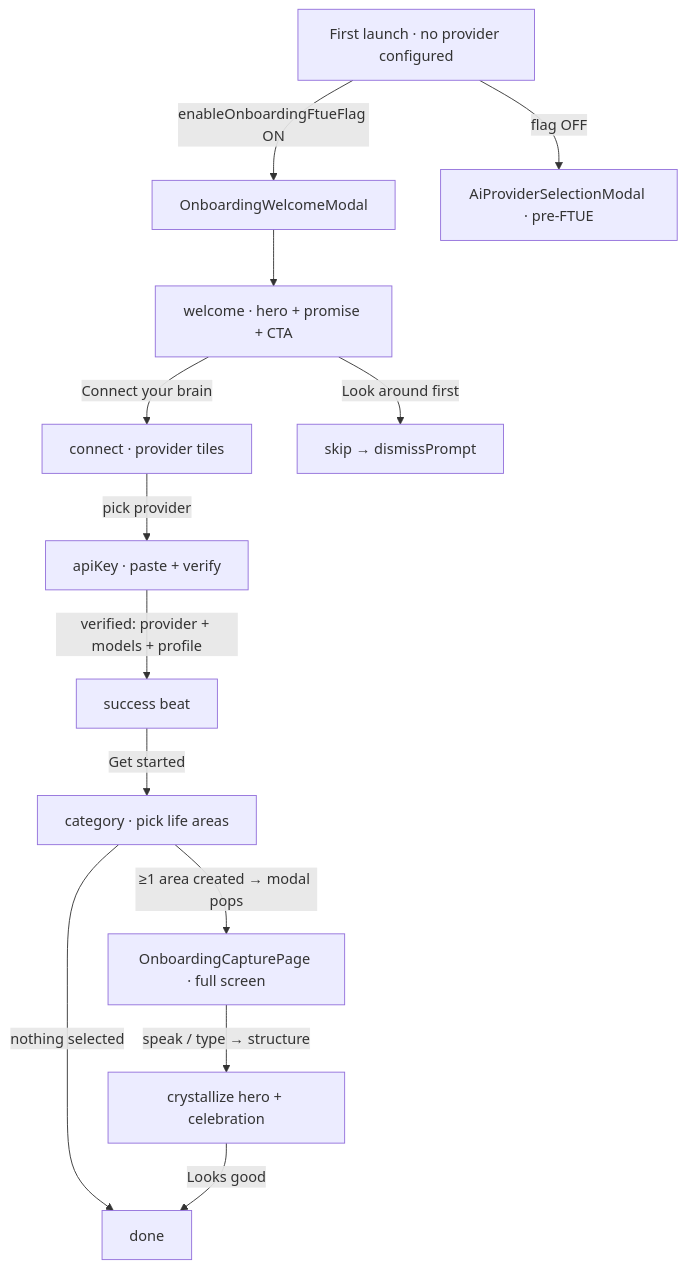
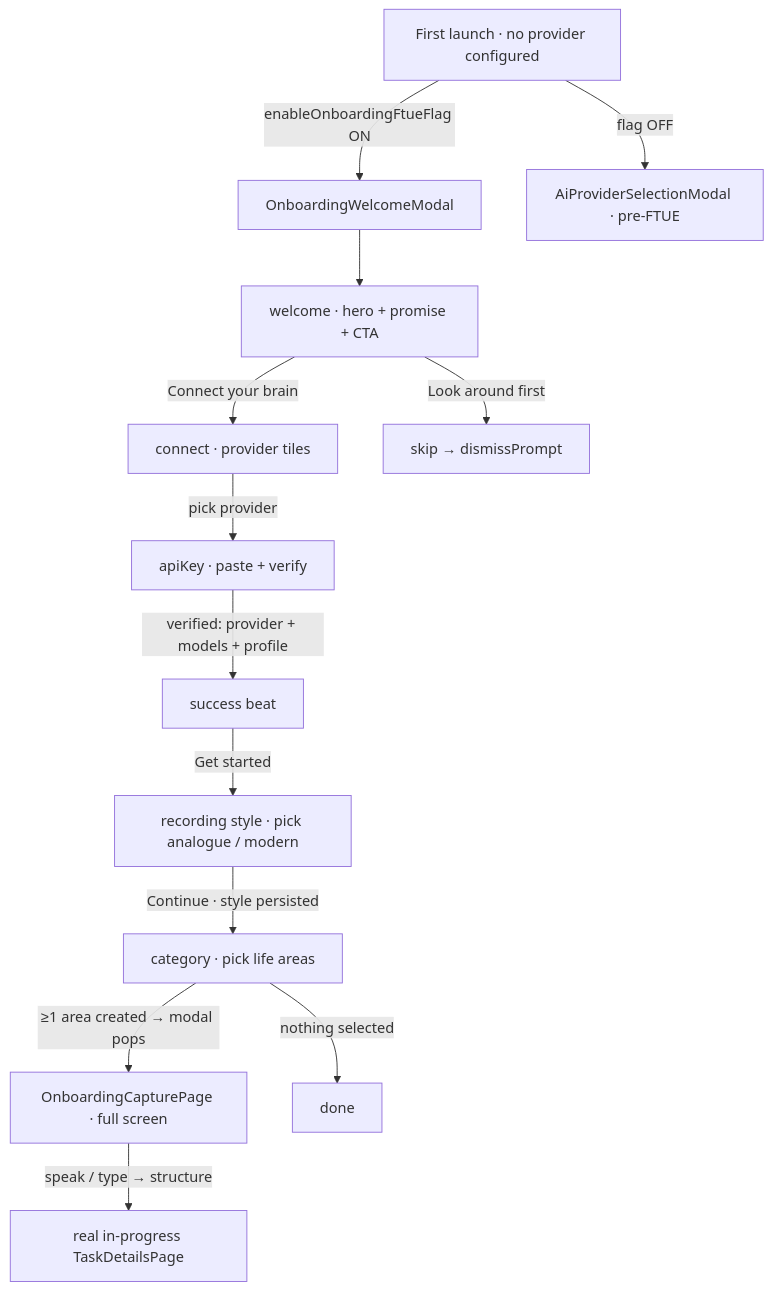
Before and after one commit to matthiasn/lotti: the first of 4 diagrams in lib/features/onboarding/README.md, drawn with Mermaid. The commit also changed other lines of this file and 2 other files, not shown here.

First line of the commit message:
docs(onboarding): document the redesign (style picker + real-task payoff)

````diff
--- a/lib/features/onboarding/README.md
+++ b/lib/features/onboarding/README.md
@@ -18,15 +18,15 @@
 ```mermaid
 flowchart TD
     L[First launch · no provider configured] -->|enableOnboardingFtueFlag ON| W[OnboardingWelcomeModal]
     L -->|flag OFF| LEGACY[AiProviderSelectionModal · pre-FTUE]
     W --> WL[welcome · hero + promise + CTA]
     WL -->|Connect your brain| CN[connect · provider tiles]
     WL -->|Look around first| SK[skip → dismissPrompt]
     CN -->|pick provider| AK[apiKey · paste + verify]
     AK -->|verified: provider + models + profile| SU[success beat]
-    SU -->|Get started| CAT[category · pick life areas]
+    SU -->|Get started| RS[recording style · pick analogue / modern]
+    RS -->|Continue · style persisted| CAT[category · pick life areas]
     CAT -->|≥1 area created → modal pops| CAP[OnboardingCapturePage · full screen]
     CAT -->|nothing selected| DONE[done]
-    CAP -->|speak / type → structure| REV[crystallize hero + celebration]
-    REV -->|Looks good| DONE
+    CAP -->|speak / type → structure| TASK[real in-progress TaskDetailsPage]
 ```
````
